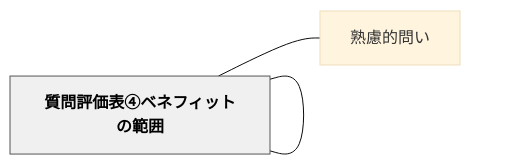
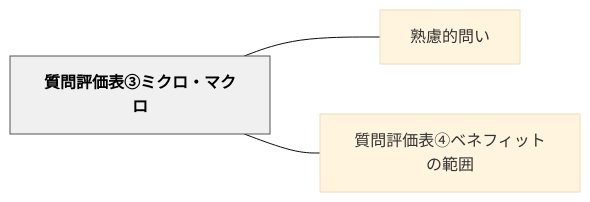
The diagram in content/パタン/質問評価表③ミクロ・マクロ.md (unknownthings-ed-patterns/unknownthings-ed-patterns), drawn with Mermaid (base theme) before and after one commit. The commit also changed 527 other files, not shown here.

````diff
--- a/content/パタン/質問評価表③ミクロ・マクロ.md
+++ b/content/パタン/質問評価表③ミクロ・マクロ.md
@@ -47,12 +47,12 @@
 ```mermaid
 flowchart LR
-    ne8b3aae5958f["質問評価表③ミクロ・マクロ"]
-    ne7869fe685ae["熟慮的問い"]
-    ne8b3aae5958f["質問評価表④ベネフィットの範囲"]
+    ne8b3aae5958fe8a995e4bea1e8a1a8e291a2e3839fe382afe383ade383bbe3839ee382afe383ad["質問評価表③ミクロ・マクロ"]
+    ne7869fe685aee79a84e5958fe38184["熟慮的問い"]
+    ne8b3aae5958fe8a995e4bea1e8a1a8e291a3e38399e3838de38395e382a3e38383e38388e381aee7af84e59bb2["質問評価表④ベネフィットの範囲"]
 
-    ne8b3aae5958f --- ne7869fe685ae
-    ne8b3aae5958f --- ne8b3aae5958f
+    ne8b3aae5958fe8a995e4bea1e8a1a8e291a2e3839fe382afe383ade383bbe3839ee382afe383ad --- ne7869fe685aee79a84e5958fe38184
+    ne8b3aae5958fe8a995e4bea1e8a1a8e291a2e3839fe382afe383ade383bbe3839ee382afe383ad --- ne8b3aae5958fe8a995e4bea1e8a1a8e291a3e38399e3838de38395e382a3e38383e38388e381aee7af84e59bb2
 
     classDef hub fill:#f0f0f0,stroke:#555,color:#000,font-weight:bold
-    class ne8b3aae5958f hub
+    class ne8b3aae5958fe8a995e4bea1e8a1a8e291a2e3839fe382afe383ade383bbe3839ee382afe383ad hub
 ```
````
